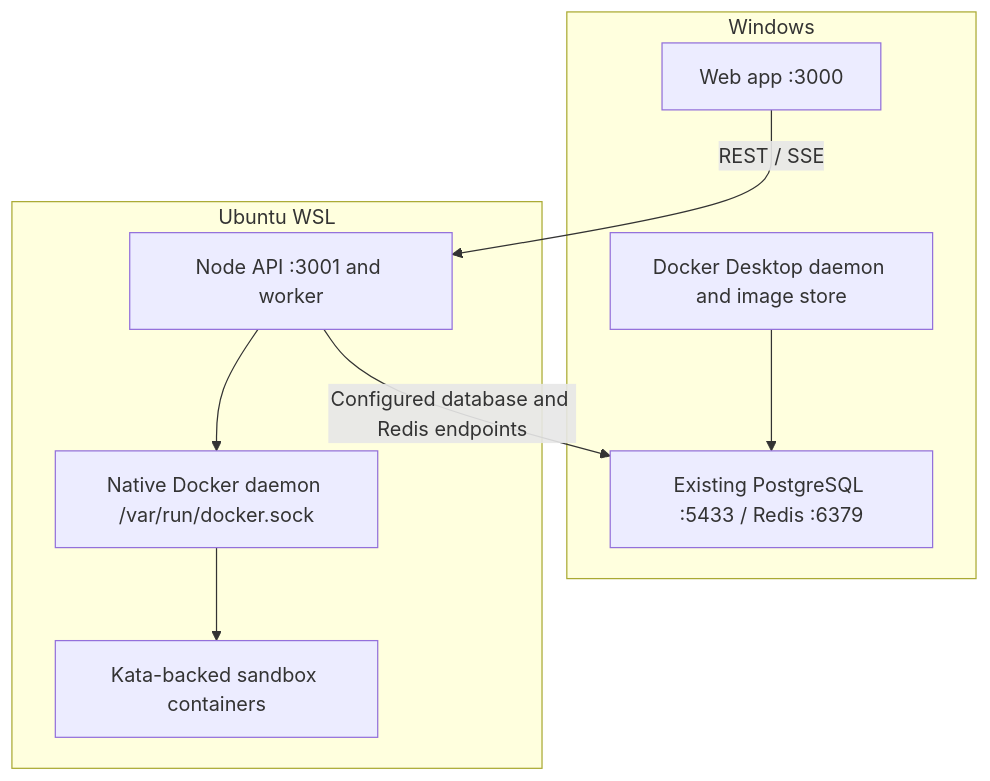
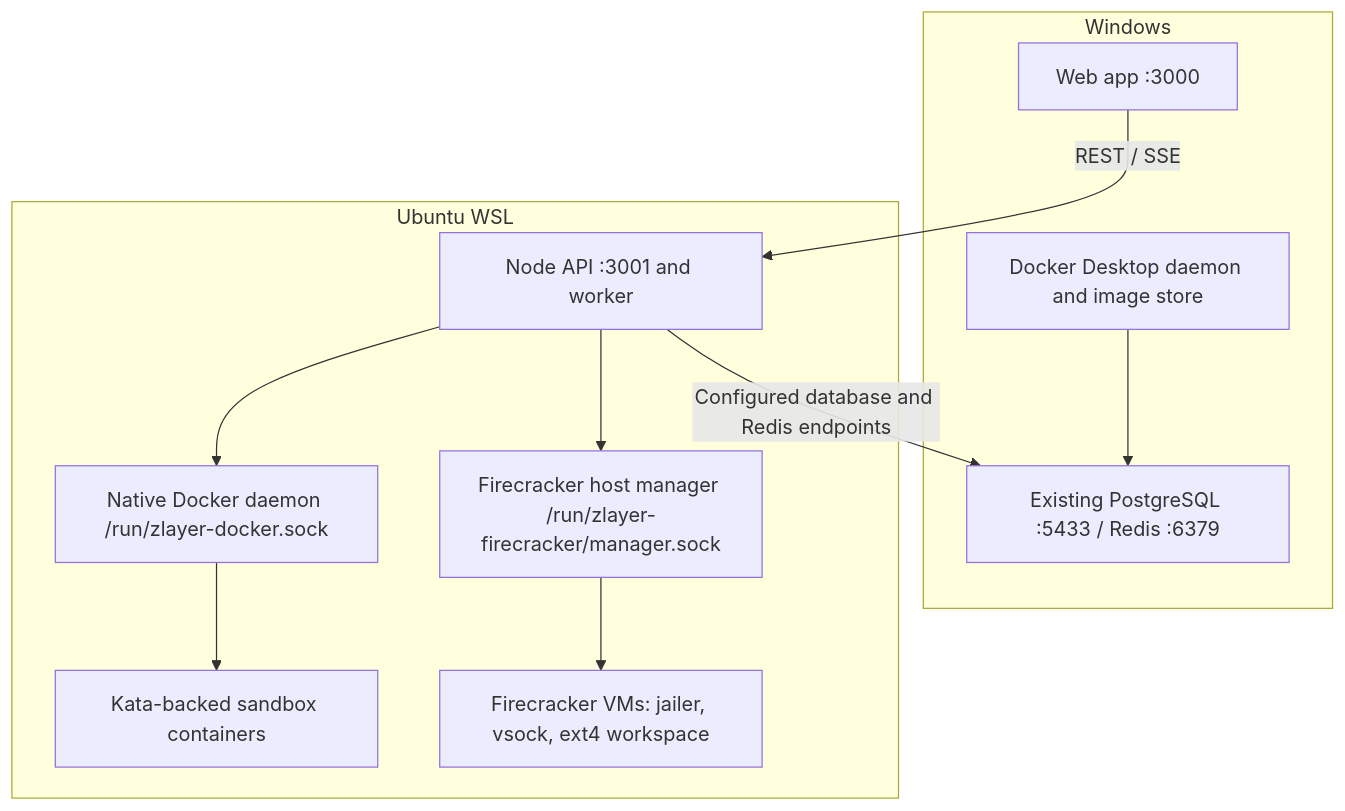
The second of 2 diagrams in ARCHITECTURE.md (MehulxBuilds/zlay3r), drawn with Mermaid before and after one commit. The commit also changed other lines of this file and 49 other files, not shown here.

````diff
--- a/ARCHITECTURE.md
+++ b/ARCHITECTURE.md
@@ -143,17 +174,20 @@
 ```mermaid
 flowchart TB
   subgraph Windows["Windows"]
     Web["Web app :3000"]
     Desktop["Docker Desktop daemon and image store"]
     Data["Existing PostgreSQL :5433 / Redis :6379"]
     Desktop --> Data
   end
   subgraph Ubuntu["Ubuntu WSL"]
     Backend["Node API :3001 and worker"]
-    Native["Native Docker daemon /var/run/docker.sock"]
+    Native["Native Docker daemon /run/zlayer-docker.sock"]
     Sandboxes["Kata-backed sandbox containers"]
+    Manager["Firecracker host manager /run/zlayer-firecracker/manager.sock"]
+    MicroVMs["Firecracker VMs: jailer, vsock, ext4 workspace"]
     Backend --> Native --> Sandboxes
+    Backend --> Manager --> MicroVMs
   end
   Web -->|"REST / SSE"| Backend
   Backend -->|"Configured database and Redis endpoints"| Data
 ```
````
